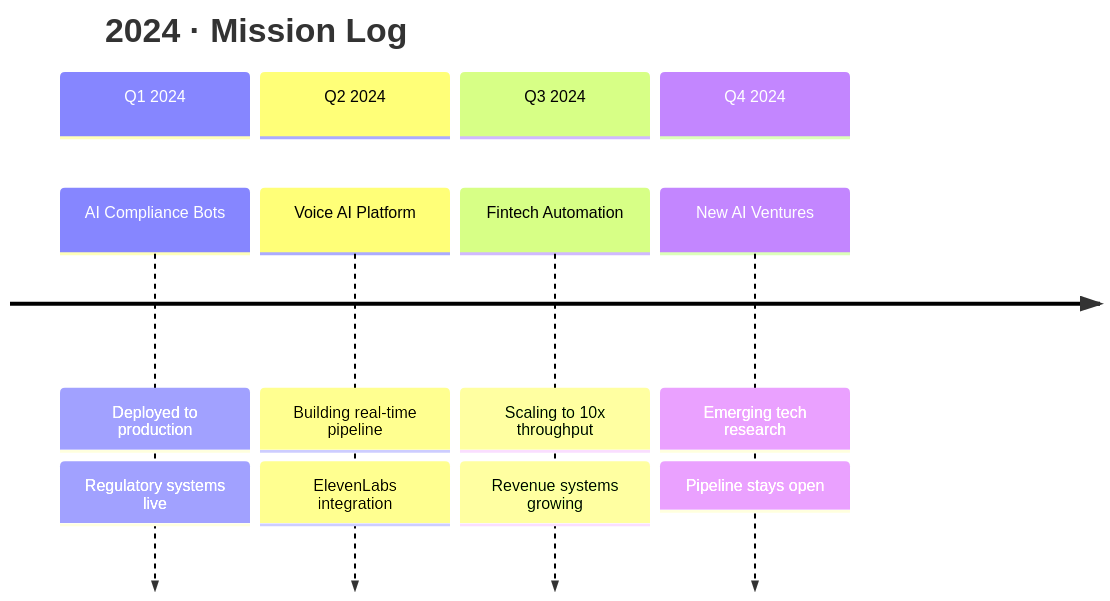
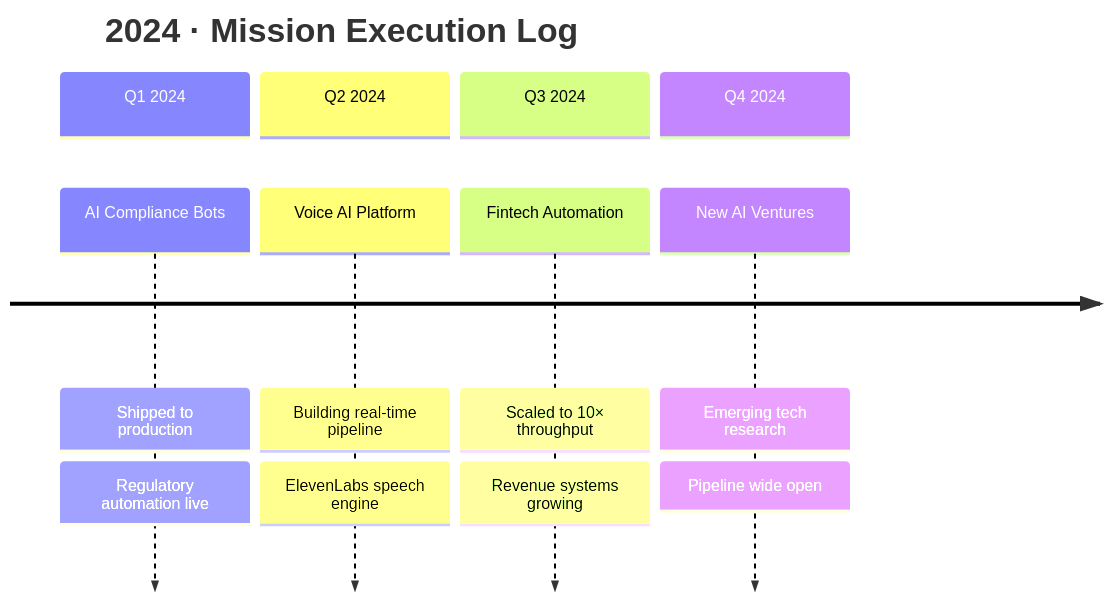
The second of 3 diagrams in README.md (wallaceokeke/wallaceokeke), drawn with Mermaid before and after one commit. The commit also changed other lines of this file, not shown here.

````diff
--- a/README.md
+++ b/README.md
@@ -277,16 +282,16 @@
 ```mermaid
 timeline
-    title 2024 · Mission Log
+    title 2024 · Mission Execution Log
     section Q1 2024
-        AI Compliance Bots  : Deployed to production
-                            : Regulatory systems live
+        AI Compliance Bots  : Shipped to production
+                            : Regulatory automation live
     section Q2 2024
         Voice AI Platform   : Building real-time pipeline
-                            : ElevenLabs integration
+                            : ElevenLabs speech engine
     section Q3 2024
-        Fintech Automation  : Scaling to 10x throughput
+        Fintech Automation  : Scaled to 10× throughput
                             : Revenue systems growing
     section Q4 2024
         New AI Ventures     : Emerging tech research
-                            : Pipeline stays open
+                            : Pipeline wide open
 ```
````
